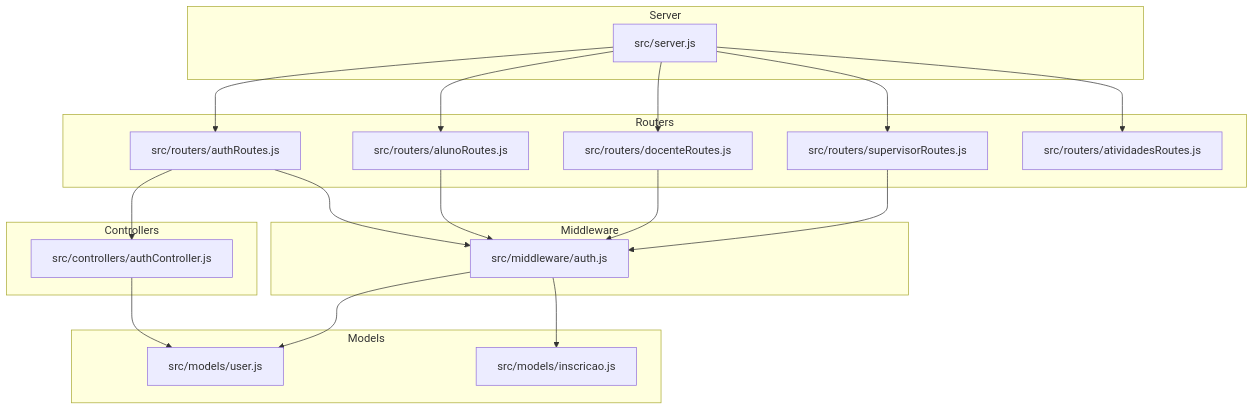
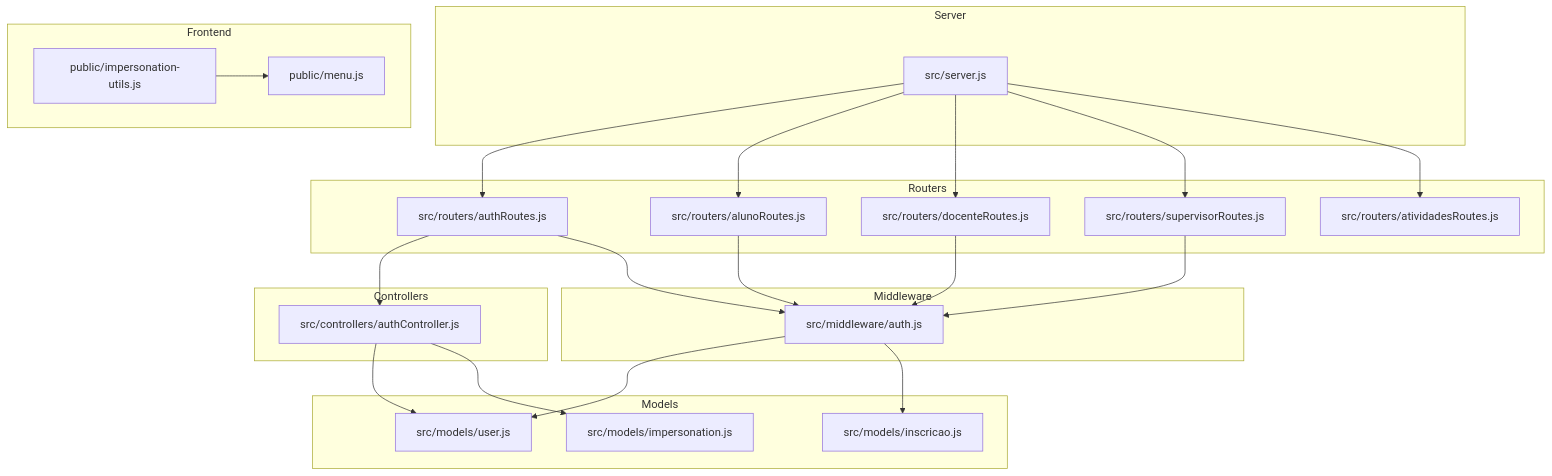
Before and after one commit to luiseduacosta/nodemural: the first of 4 diagrams in .qoder/repowiki/en/content/Authentication & Authorization System/Role-Based Access Control (RBAC).md, drawn with Mermaid. The commit also changed other lines of this file and 16 other files, not shown here.

````diff
--- a/.qoder/repowiki/en/content/Authentication & Authorization System/Role-Based Access Control (RBAC).md
+++ b/.qoder/repowiki/en/content/Authentication & Authorization System/Role-Based Access Control (RBAC).md
@@ -37,36 +52,43 @@
 ```mermaid
 graph TB
 subgraph "Server"
 S["src/server.js"]
 end
 subgraph "Routers"
 RA["src/routers/authRoutes.js"]
 RL["src/routers/alunoRoutes.js"]
 RD["src/routers/docenteRoutes.js"]
 RS["src/routers/supervisorRoutes.js"]
 RT["src/routers/atividadesRoutes.js"]
 end
 subgraph "Middleware"
 M["src/middleware/auth.js"]
 end
 subgraph "Controllers"
 CA["src/controllers/authController.js"]
 end
 subgraph "Models"
 MU["src/models/user.js"]
 MI["src/models/inscricao.js"]
+MP["src/models/impersonation.js"]
+end
+subgraph "Frontend"
+FU["public/impersonation-utils.js"]
+MENU["public/menu.js"]
 end
 S --> RA
 S --> RL
 S --> RD
 S --> RS
 S --> RT
 RA --> CA
 RL --> M
 RD --> M
 RS --> M
 RA --> M
 CA --> MU
+CA --> MP
 M --> MU
 M --> MI
+FU --> MENU
 ```
````
